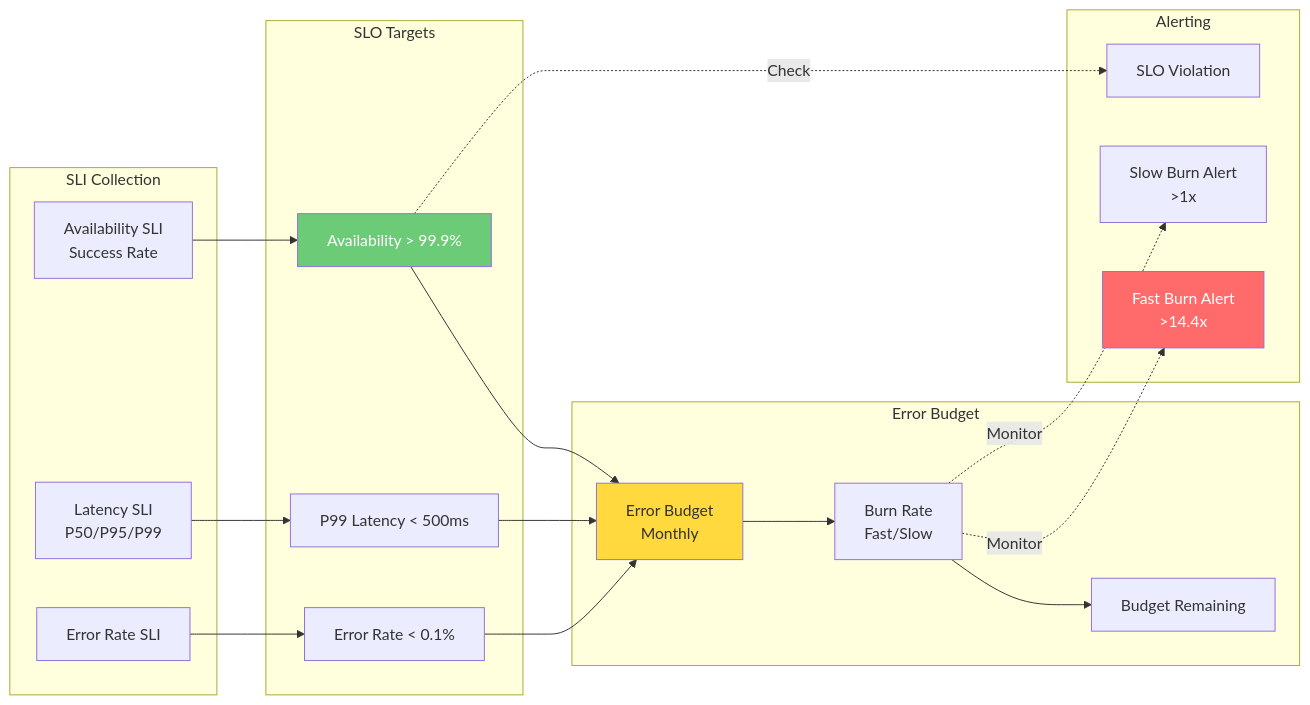
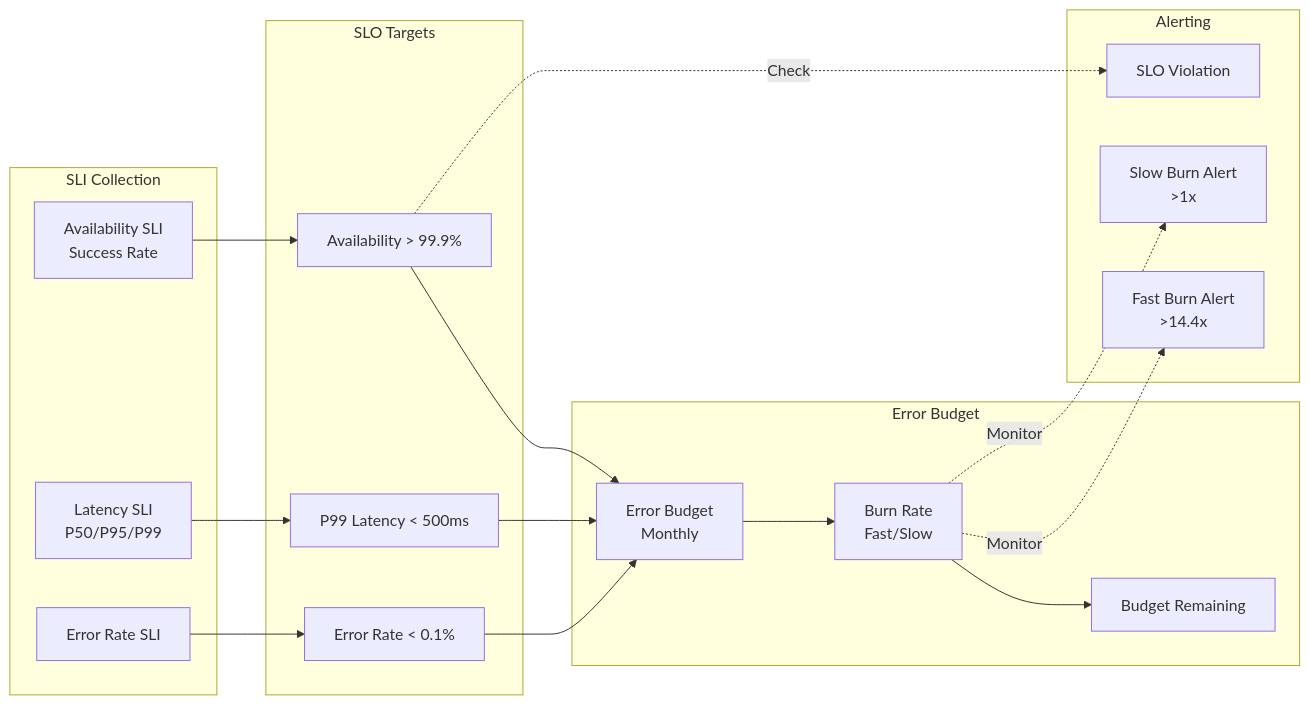
Diagram 22 of 31 in ARCHITECTURE.md (Derek-miranda/DocuThinker-AI), drawn with Mermaid before and after one commit. The commit also changed 2 other files, not shown here.

Commit message:
feat: update SonarQube badge in README and add db-forest-config.xml

````diff
--- a/ARCHITECTURE.md
+++ b/ARCHITECTURE.md
@@ -1806,45 +1806,41 @@
 ```mermaid
 graph LR
     subgraph "SLI Collection"
         AVAIL[Availability SLI<br/>Success Rate]
         LAT[Latency SLI<br/>P50/P95/P99]
         ERR[Error Rate SLI]
     end
 
     subgraph "SLO Targets"
         SLO_AVAIL[Availability > 99.9%]
         SLO_LAT[P99 Latency < 500ms]
         SLO_ERR[Error Rate < 0.1%]
     end
 
     subgraph "Error Budget"
         BUDGET[Error Budget<br/>Monthly]
         BURN[Burn Rate<br/>Fast/Slow]
         REMAINING[Budget Remaining]
     end
 
     subgraph "Alerting"
         FAST_BURN[Fast Burn Alert<br/>>14.4x]
         SLOW_BURN[Slow Burn Alert<br/>>1x]
         SLO_BREACH[SLO Violation]
     end
 
     AVAIL --> SLO_AVAIL
     LAT --> SLO_LAT
     ERR --> SLO_ERR
 
     SLO_AVAIL --> BUDGET
     SLO_LAT --> BUDGET
     SLO_ERR --> BUDGET
 
     BUDGET --> BURN
     BURN --> REMAINING
 
     BURN -.->|Monitor| FAST_BURN
     BURN -.->|Monitor| SLOW_BURN
     SLO_AVAIL -.->|Check| SLO_BREACH
-
-    style SLO_AVAIL fill:#6BCB77,color:#fff
-    style BUDGET fill:#FFD93D
-    style FAST_BURN fill:#FF6B6B,color:#fff
 ```
````
